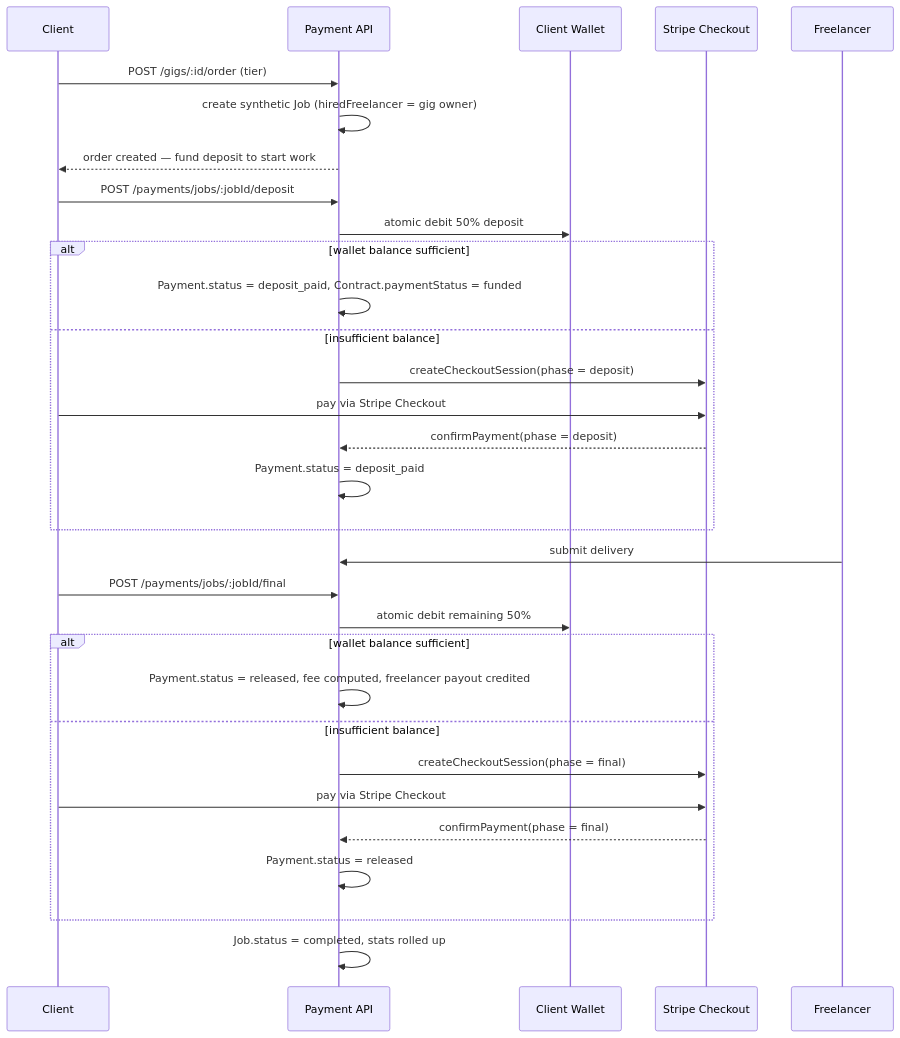
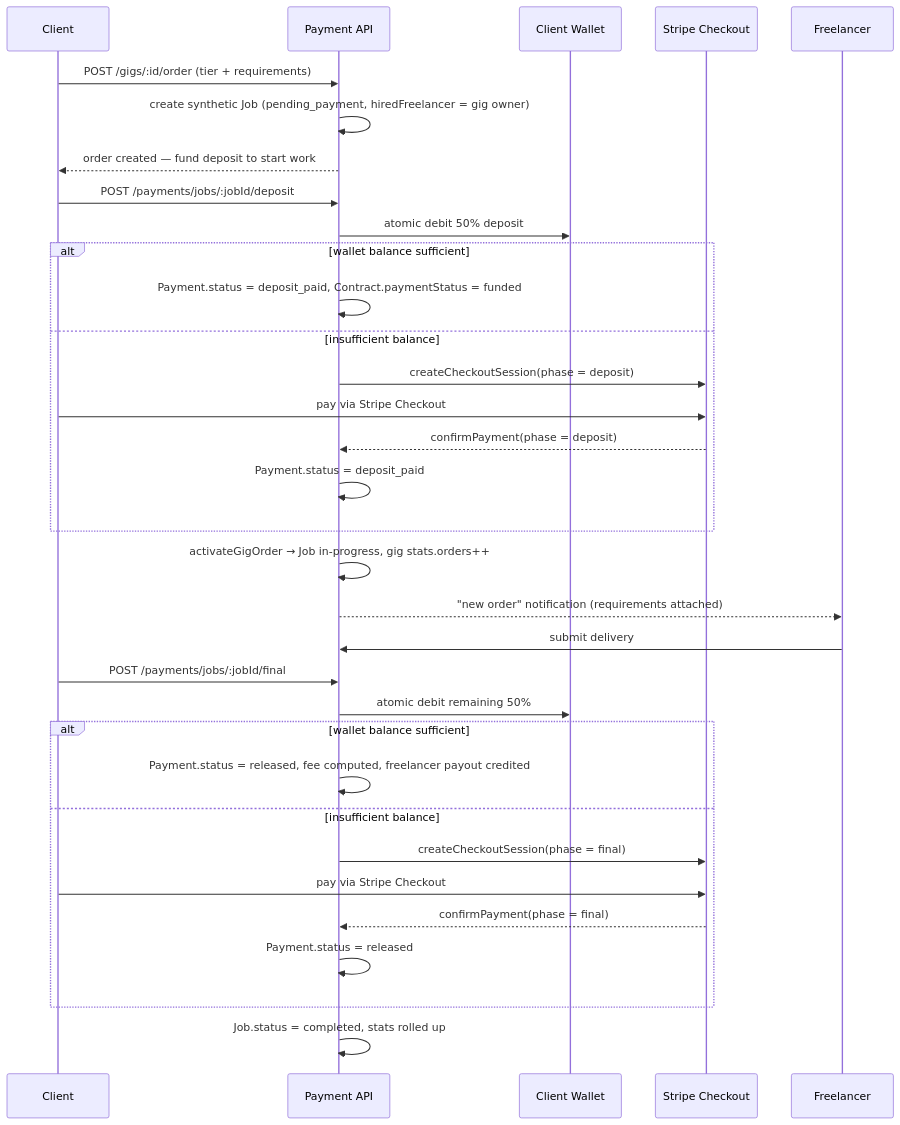
One commit to ammad-muhammad/SkillKart-Freelance-MarketPlace-FYP changed the second of 4 diagrams in Backend/README.md. Above: the diagram before and after it, drawn with Mermaid. The commit also changed other lines of this file and 46 other files, not shown here.

First line of the commit message:
Gig order requirements, unpaid-order handling, and custom offers

````diff
--- a/Backend/README.md
+++ b/Backend/README.md
@@ -383,36 +419,38 @@
 ```mermaid
 sequenceDiagram
     participant C as Client
     participant API as Payment API
     participant W as Client Wallet
     participant S as Stripe Checkout
     participant F as Freelancer
 
-    C->>API: POST /gigs/:id/order (tier)
-    API->>API: create synthetic Job (hiredFreelancer = gig owner)
+    C->>API: POST /gigs/:id/order (tier + requirements)
+    API->>API: create synthetic Job (pending_payment, hiredFreelancer = gig owner)
     API-->>C: order created — fund deposit to start work
 
     C->>API: POST /payments/jobs/:jobId/deposit
     API->>W: atomic debit 50% deposit
     alt wallet balance sufficient
         API->>API: Payment.status = deposit_paid, Contract.paymentStatus = funded
     else insufficient balance
         API->>S: createCheckoutSession(phase = deposit)
         C->>S: pay via Stripe Checkout
         S-->>API: confirmPayment(phase = deposit)
         API->>API: Payment.status = deposit_paid
     end
+    API->>API: activateGigOrder → Job in-progress, gig stats.orders++
+    API-->>F: "new order" notification (requirements attached)
 
     F->>API: submit delivery
     C->>API: POST /payments/jobs/:jobId/final
     API->>W: atomic debit remaining 50%
     alt wallet balance sufficient
         API->>API: Payment.status = released, fee computed, freelancer payout credited
     else insufficient balance
         API->>S: createCheckoutSession(phase = final)
         C->>S: pay via Stripe Checkout
         S-->>API: confirmPayment(phase = final)
         API->>API: Payment.status = released
     end
     API->>API: Job.status = completed, stats rolled up
 ```
````
